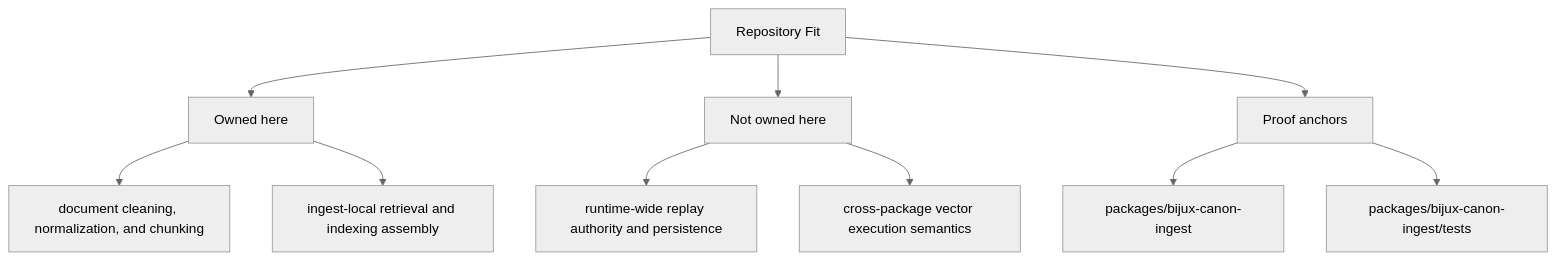
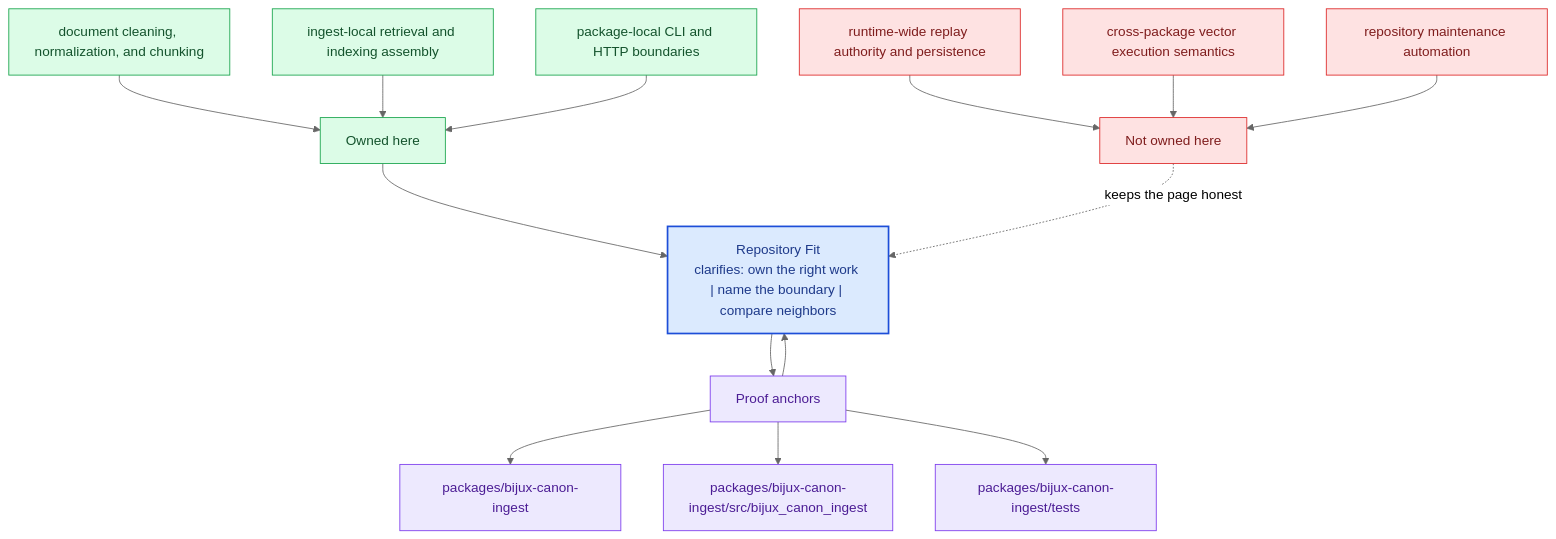
The second of 2 diagrams in docs/bijux-canon-ingest/foundation/repository-fit.md (bijux/bijux-canon), drawn with Mermaid (neutral theme) before and after one commit. The commit also changed other lines of this file and 281 other files, not shown here.

Commit message:
docs(diagrams): deepen handbook mermaid maps across the catalog

````diff
--- a/docs/bijux-canon-ingest/foundation/repository-fit.md
+++ b/docs/bijux-canon-ingest/foundation/repository-fit.md
@@ -36,22 +69,40 @@
 ```mermaid
-flowchart TD
-    page["Repository Fit"]
+flowchart TB
+    promise["Repository Fit<br/>clarifies: own the right work | name the boundary | compare neighbors"]
+    classDef promise fill:#dbeafe,stroke:#1d4ed8,color:#1e3a8a,stroke-width:2px;
+    classDef driver fill:#dcfce7,stroke:#16a34a,color:#14532d;
+    classDef constraint fill:#fee2e2,stroke:#dc2626,color:#7f1d1d;
+    classDef ground fill:#ede9fe,stroke:#7c3aed,color:#4c1d95;
     focus1["Owned here"]
-    page --> focus1
+    focus1 --> promise
     focus1_1["document cleaning, normalization, and chunking"]
-    focus1 --> focus1_1
+    focus1_1 --> focus1
     focus1_2["ingest-local retrieval and indexing assembly"]
-    focus1 --> focus1_2
+    focus1_2 --> focus1
+    focus1_3["package-local CLI and HTTP boundaries"]
+    focus1_3 --> focus1
+    class focus1 driver;
+    class focus1_1,focus1_2,focus1_3 driver;
     focus2["Not owned here"]
-    page --> focus2
+    focus2 -.keeps the page honest.-> promise
     focus2_1["runtime-wide replay authority and persistence"]
-    focus2 --> focus2_1
+    focus2_1 --> focus2
     focus2_2["cross-package vector execution semantics"]
-    focus2 --> focus2_2
+    focus2_2 --> focus2
+    focus2_3["repository maintenance automation"]
+    focus2_3 --> focus2
+    class focus2 constraint;
+    class focus2_1,focus2_2,focus2_3 constraint;
     focus3["Proof anchors"]
-    page --> focus3
+    focus3 --> promise
+    promise --> focus3
     focus3_1["packages/bijux-canon-ingest"]
     focus3 --> focus3_1
-    focus3_2["packages/bijux-canon-ingest/tests"]
+    focus3_2["packages/bijux-canon-ingest/src/bijux_canon_ingest"]
     focus3 --> focus3_2
+    focus3_3["packages/bijux-canon-ingest/tests"]
+    focus3 --> focus3_3
+    class focus3 ground;
+    class focus3_1,focus3_2,focus3_3 ground;
+    class promise promise;
 ```
````
